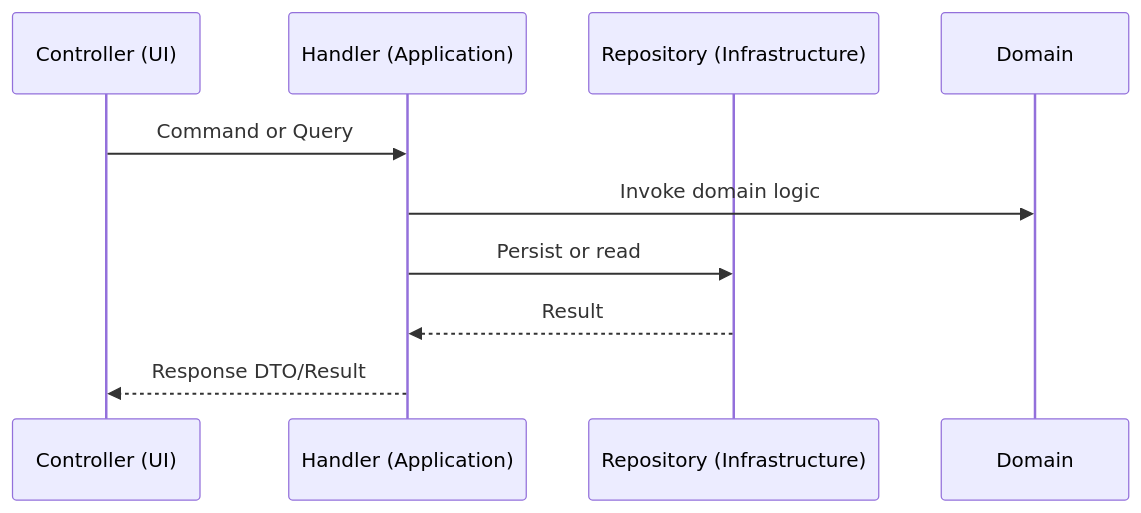
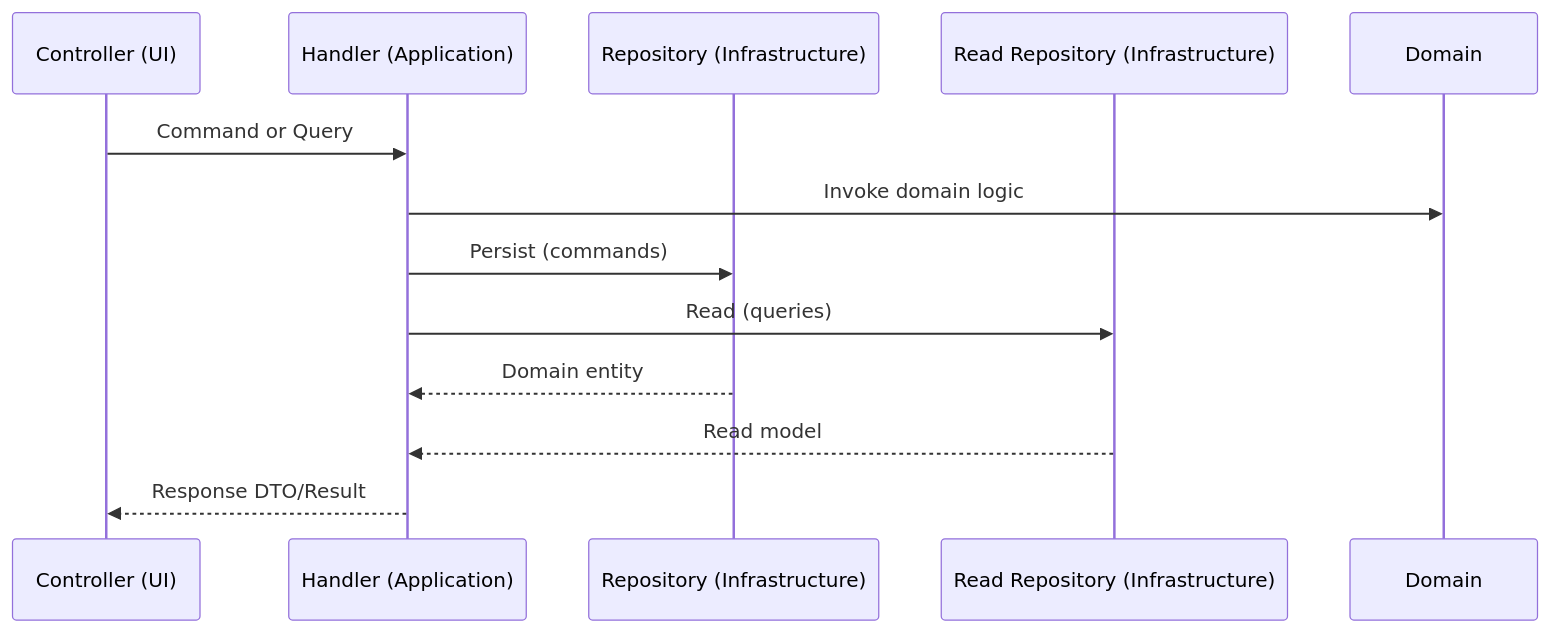
Before and after one commit to resume-haven/resume-haven: the second of 2 diagrams in docs/ARCHITECTURE.md, drawn with Mermaid. The commit also changed other lines of this file and 3 other files, not shown here.

Commit message:
docs: update architecture and development documentation to include read repositories and query handlers

````diff
--- a/docs/ARCHITECTURE.md
+++ b/docs/ARCHITECTURE.md
@@ -22,13 +22,16 @@
 ```mermaid
 sequenceDiagram
     participant C as Controller (UI)
     participant H as Handler (Application)
     participant R as Repository (Infrastructure)
+    participant RR as Read Repository (Infrastructure)
     participant D as Domain
 
     C->>H: Command or Query
     H->>D: Invoke domain logic
-    H->>R: Persist or read
-    R-->>H: Result
+    H->>R: Persist (commands)
+    H->>RR: Read (queries)
+    R-->>H: Domain entity
+    RR-->>H: Read model
     H-->>C: Response DTO/Result
 ```
````
